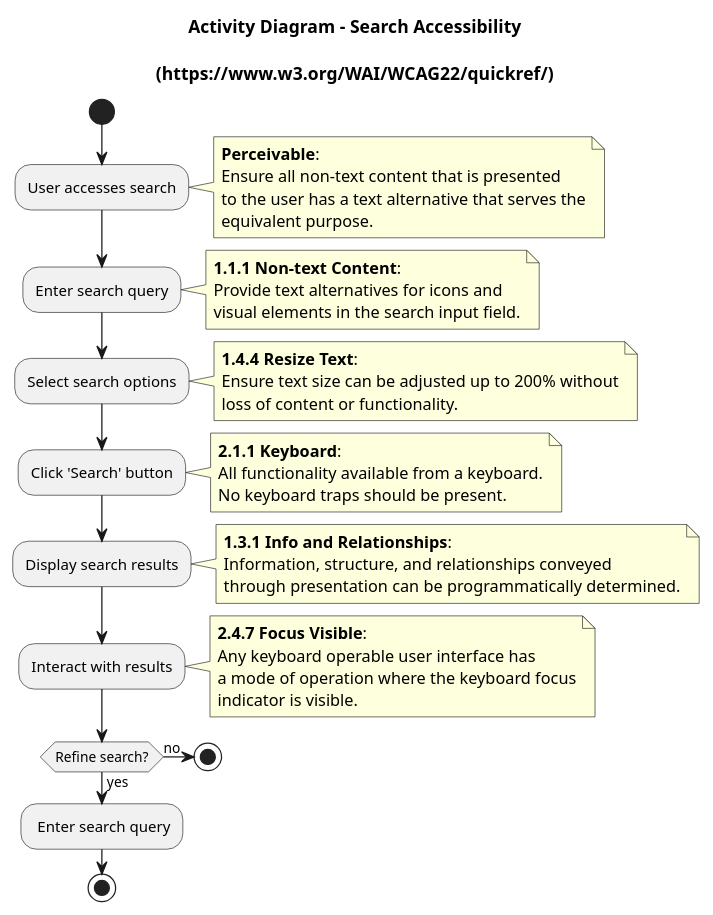
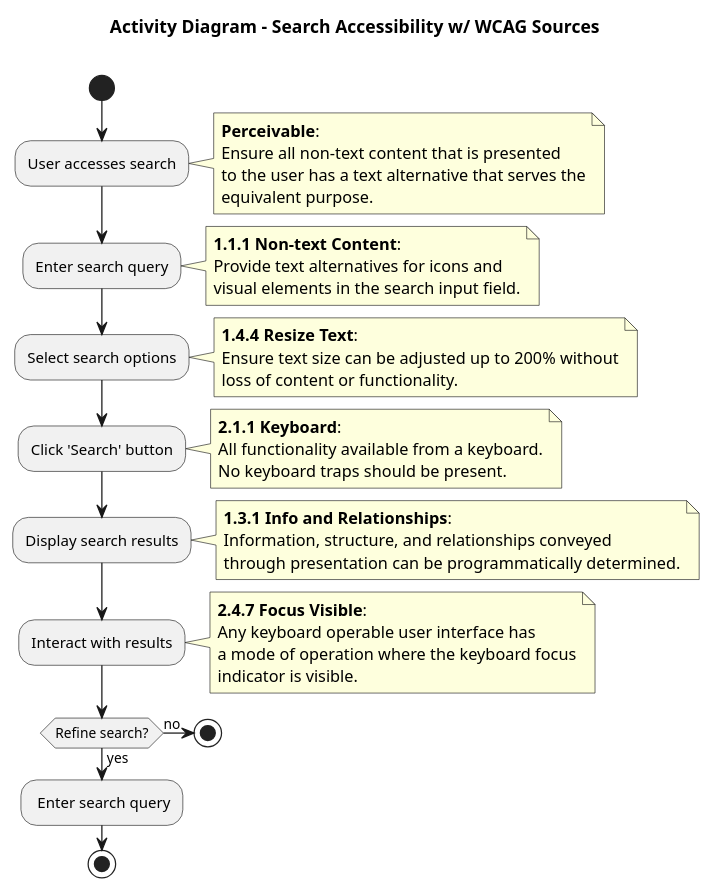
The diagram in search-activity.puml (amyrman/eHealthy-2-docs), drawn with PlantUML before and after one commit. The commit also changed 4 other files, not shown here.

Commit message:
Add refined diagrams and explanation

```diff
--- a/search-activity.puml
+++ b/search-activity.puml
@@ -1,60 +1,59 @@
 @startuml
 title
-Activity Diagram - Search Accessibility
+Activity Diagram - Search Accessibility w/ WCAG Sources
 
-(https://www.w3.org/WAI/WCAG22/quickref/)
 end title
 start
 :User accesses search;
 
 note right
   **Perceivable**:
   Ensure all non-text content that is presented
   to the user has a text alternative that serves the
   equivalent purpose.
 end note
 
 :Enter search query;
 note right
   **1.1.1 Non-text Content**:
   Provide text alternatives for icons and
   visual elements in the search input field.
 end note
 
 :Select search options;
 note right
   **1.4.4 Resize Text**:
   Ensure text size can be adjusted up to 200% without
   loss of content or functionality.
 end note
 
 :Click 'Search' button;
 note right
   **2.1.1 Keyboard**:
   All functionality available from a keyboard.
   No keyboard traps should be present.
 end note
 
 :Display search results;
 note right
   **1.3.1 Info and Relationships**:
   Information, structure, and relationships conveyed
   through presentation can be programmatically determined.
 end note
 
 :Interact with results;
 note right
   **2.4.7 Focus Visible**:
   Any keyboard operable user interface has
   a mode of operation where the keyboard focus
   indicator is visible.
 end note
 
 if (Refine search?) then (yes)
 - Enter search query
   stop
 else (no)
   stop
 endif
 
 @enduml
```
